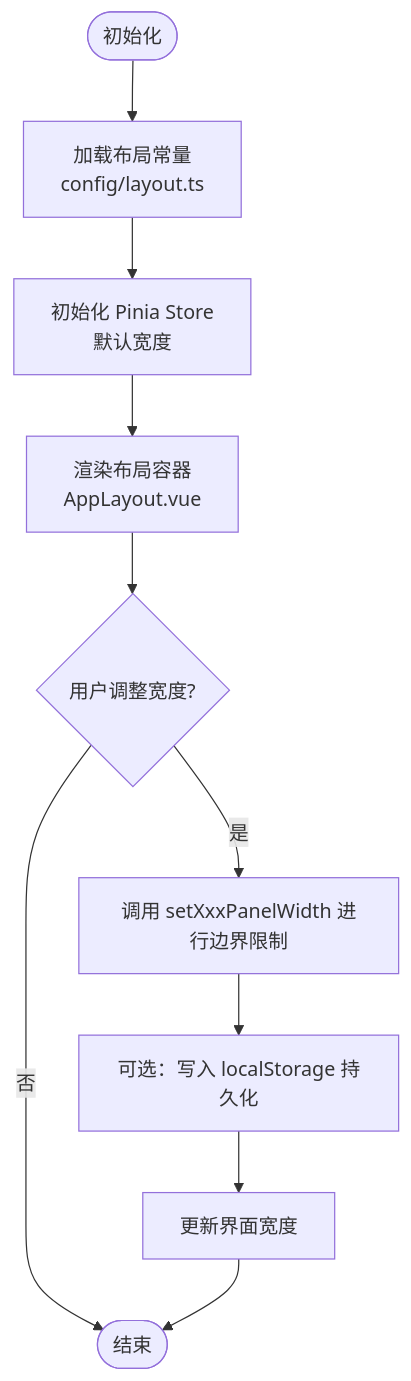
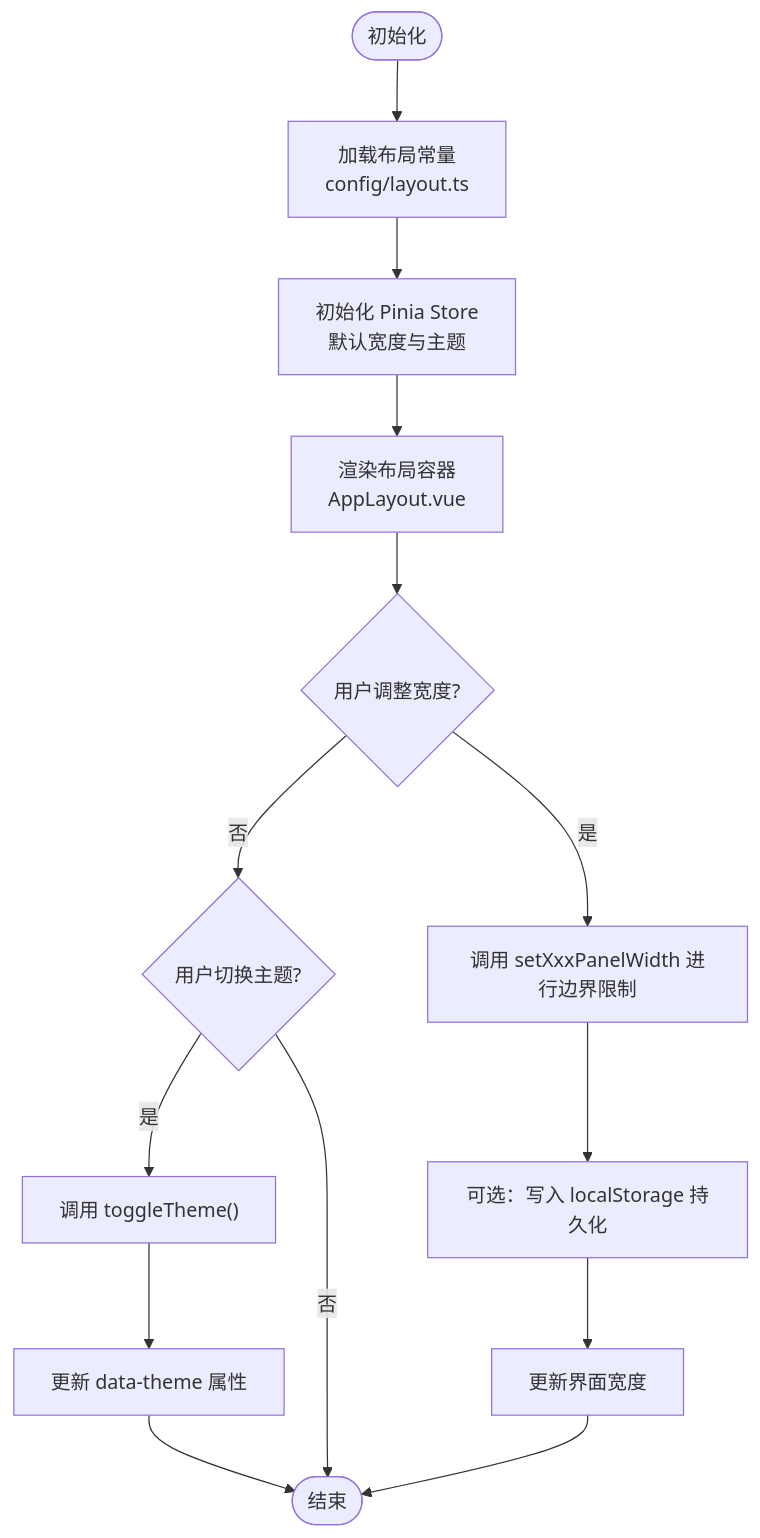
Before and after one commit to taoweidong/Hello-Tauri: the fourth of 5 diagrams in .qoder/repowiki/zh/content/用户界面/布局系统.md, drawn with Mermaid. The commit also changed other lines of this file and 14 other files, not shown here.

````diff
--- a/.qoder/repowiki/zh/content/用户界面/布局系统.md
+++ b/.qoder/repowiki/zh/content/用户界面/布局系统.md
@@ -225,12 +267,16 @@
 ```mermaid
 flowchart TD
 Start(["初始化"]) --> LoadCfg["加载布局常量<br/>config/layout.ts"]
-LoadCfg --> InitStore["初始化 Pinia Store<br/>默认宽度"]
+LoadCfg --> InitStore["初始化 Pinia Store<br/>默认宽度与主题"]
 InitStore --> Render["渲染布局容器<br/>AppLayout.vue"]
 Render --> UserResize{"用户调整宽度?"}
 UserResize --> |是| Clamp["调用 setXxxPanelWidth 进行边界限制"]
 Clamp --> Persist["可选：写入 localStorage 持久化"]
 Persist --> UpdateUI["更新界面宽度"]
-UserResize --> |否| End(["结束"])
+UserResize --> |否| ThemeToggle{"用户切换主题?"}
+ThemeToggle --> |是| ToggleTheme["调用 toggleTheme()"]
+ToggleTheme --> UpdateTheme["更新 data-theme 属性"]
+UpdateTheme --> End(["结束"])
+ThemeToggle --> |否| End
 UpdateUI --> End
 ```
````
